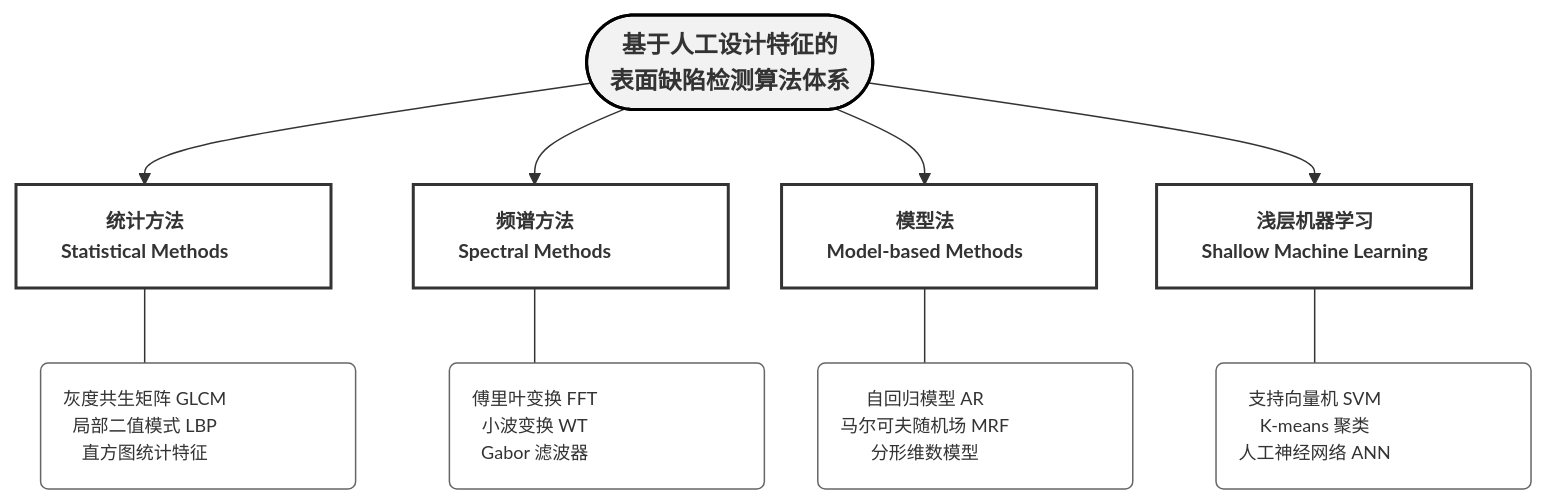
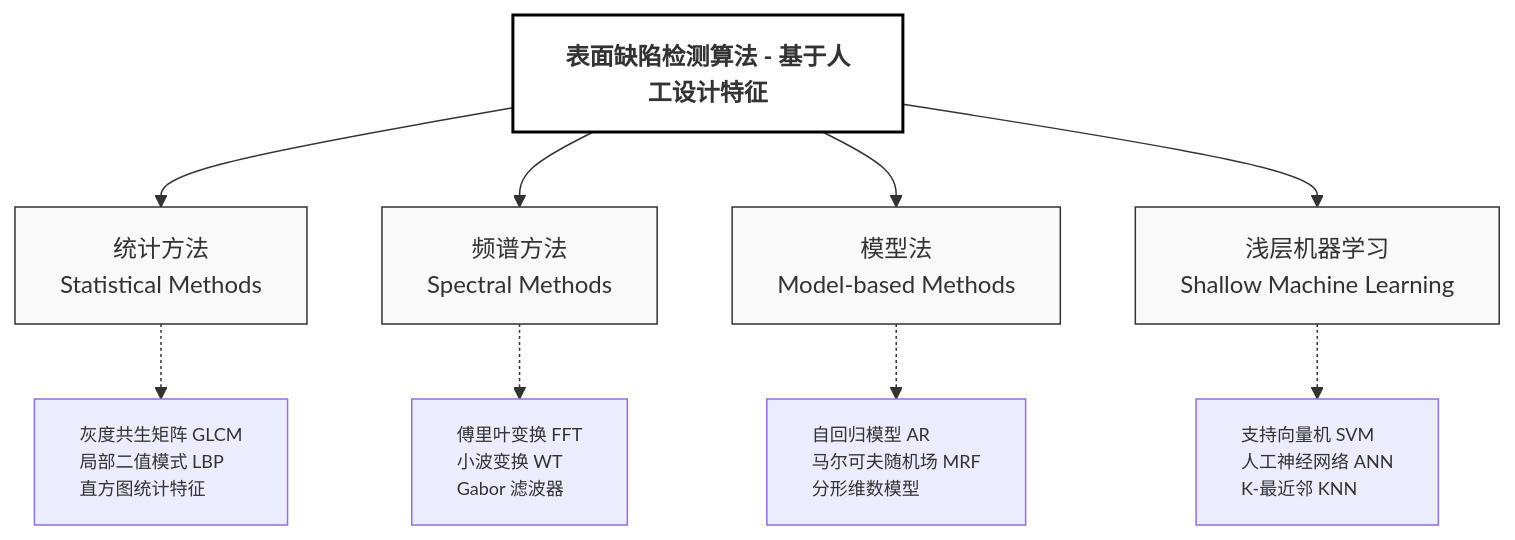
The diagram in all/未命名-1.md (MAOSHENGsong/iodraw-files), drawn with Mermaid before and after one commit.

Commit message:
2026-03-17 18:40:13 update

````diff
--- a/all/未命名-1.md
+++ b/all/未命名-1.md
@@ -1,48 +1,41 @@
 ```mermaid
 graph TB
-    %% 核心标题：双边弧形，加粗强调
-    Main([基于人工设计特征的<br/>表面缺陷检测算法体系]) 
+    %% 核心标题
+    Main[表面缺陷检测算法 - 基于人工设计特征] 
     
-    %% 第一层级：四大分支 (直角矩形，深色边框)
+    %% 第一层级：四大分支
     Statistical[统计方法<br/>Statistical Methods]
     Spectral[频谱方法<br/>Spectral Methods]
     Model[模型法<br/>Model-based Methods]
     Machine[浅层机器学习<br/>Shallow Machine Learning]
 
-    %% 第二层级：典型算法 (圆角矩形，细边框)
-    %% 通过在文字中手动加入 <br/> 确保不越位
-    Sub_Stat(灰度共生矩阵 GLCM<br/>局部二值模式 LBP<br/>直方图统计特征)
-    Sub_Spec(傅里叶变换 FFT<br/>小波变换 WT<br/>Gabor 滤波器)
-    Sub_Mod(自回归模型 AR<br/>马尔可夫随机场 MRF<br/>分形维数模型)
-    Sub_Mach(支持向量机 SVM<br/>K-means 聚类<br/>人工神经网络 ANN)
+    %% 第二层级：典型算法
+    Sub_Stat[灰度共生矩阵 GLCM<br/>局部二值模式 LBP<br/>直方图统计特征]
+    Sub_Spec[傅里叶变换 FFT<br/>小波变换 WT<br/>Gabor 滤波器]
+    Sub_Mod[自回归模型 AR<br/>马尔可夫随机场 MRF<br/>分形维数模型]
+    Sub_Mach[支持向量机 SVM<br/>人工神经网络 ANN<br/>K-最近邻 KNN]
 
     %% 建立连接
     Main --> Statistical
     Main --> Spectral
     Main --> Model
     Main --> Machine
 
-    Statistical --- Sub_Stat
-    Spectral --- Sub_Spec
-    Model --- Sub_Mod
-    Machine --- Sub_Mach
+    Statistical -.-> Sub_Stat
+    Spectral -.-> Sub_Spec
+    Model -.-> Sub_Mod
+    Machine -.-> Sub_Mach
 
-    %% --- 样式设计：解决对齐与越位问题 ---
+    %% 样式美化：论文通常使用白底黑字或淡色调
+    style Main fill:#ffffff,stroke:#000,stroke-width:2px,font-weight:bold
+    style Statistical fill:#f9f9f9,stroke:#333,stroke-width:1px
+    style Spectral fill:#f9f9f9,stroke:#333,stroke-width:1px
+    style Model fill:#f9f9f9,stroke:#333,stroke-width:1px
+    style Machine fill:#f9f9f9,stroke:#333,stroke-width:1px
     
-    %% 样式1：标题样式
-    style Main fill:#f2f2f2,stroke:#000,stroke-width:2px,font-weight:bold,width:260px
-    
-    %% 样式2：分类层级 (锁定 210px 宽度，确保容纳英文)
-    classDef Level2 fill:#ffffff,stroke:#333,stroke-width:2px,width:210px,font-weight:bold,font-size:13px;
-    class Statistical,Spectral,Model,Machine Level2;
-    
-    %% 样式3：算法层级 (宽度与 Level2 严格一致)
-    classDef Level3 fill:#ffffff,stroke:#666,stroke-width:1px,width:210px,font-size:12px;
-    class Sub_Stat,Sub_Spec,Sub_Mod,Sub_Mach Level3;
-
-    %% 强制所有节点文字居中，防止视觉偏移
-    style Sub_Stat text-align:center
-    style Sub_Spec text-align:center
-    style Sub_Mod text-align:center
-    style Sub_Mach text-align:center
+    %% 细化子项样式
+    style Sub_Stat font-size:12px,text-align:left
+    style Sub_Spec font-size:12px,text-align:left
+    style Sub_Mod font-size:12px,text-align:left
+    style Sub_Mach font-size:12px,text-align:left
 ```
````
